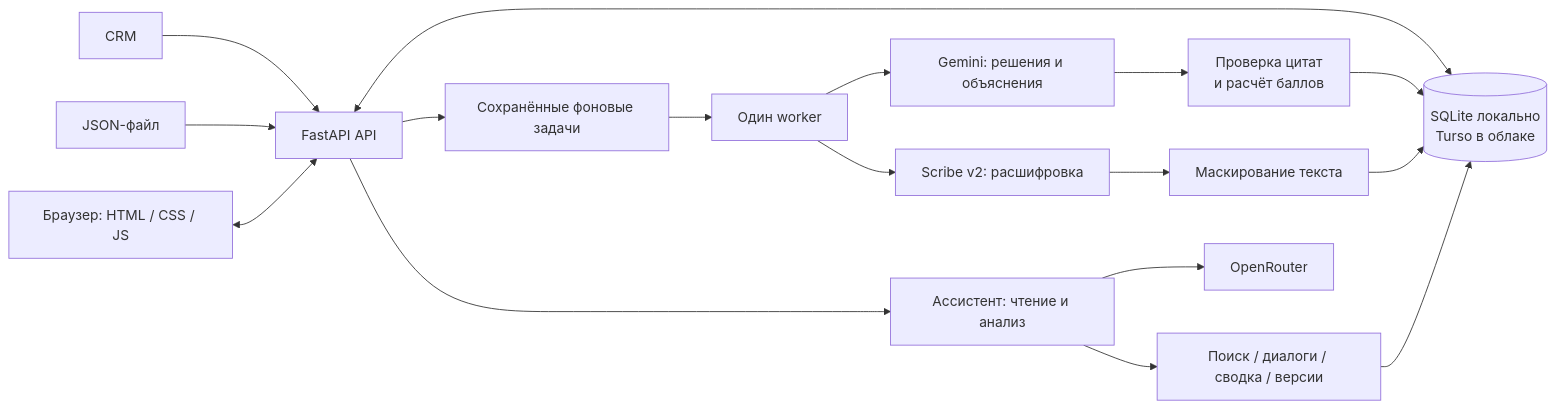
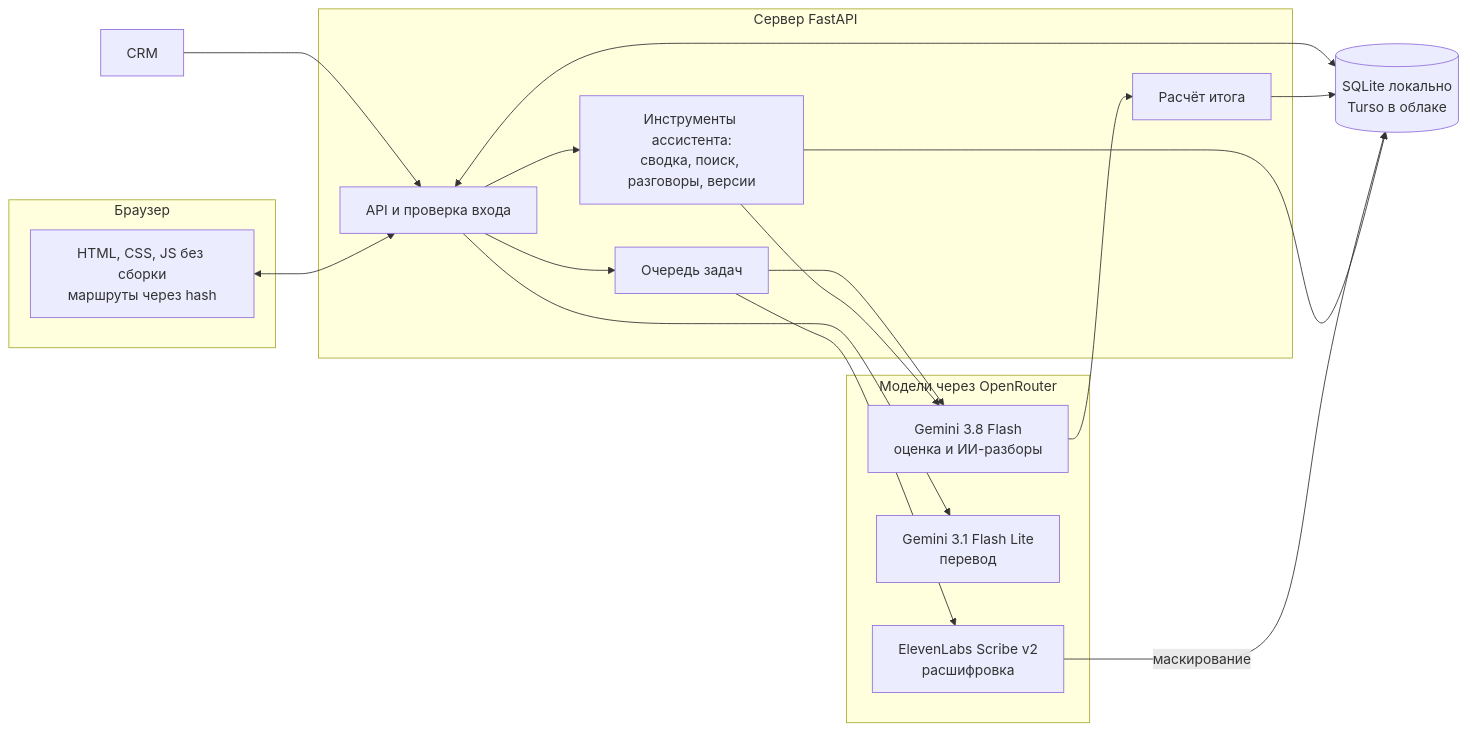
One commit to zzhassyn/data-freedom changed the fourth of 4 diagrams in README.md. Above: the diagram before and after it, drawn with Mermaid. The commit also changed other lines of this file and 29 other files, not shown here.

Commit message:
docs: новый README с баннером, схемами и экранами всех разделов

````diff
--- a/README.md
+++ b/README.md
@@ -306,19 +344,31 @@
 ```mermaid
 flowchart LR
-    CRM[CRM] --> API[FastAPI API]
-    JSON[JSON-файл] --> API
-    UI[Браузер: HTML / CSS / JS] <--> API
-    API <--> DB[(SQLite локально<br/>Turso в облаке)]
-    API --> Jobs[Сохранённые фоновые задачи]
-    Jobs --> Worker[Один worker]
-    Worker --> Judge[Gemini: решения и объяснения]
-    Judge --> Validate[Проверка цитат<br/>и расчёт баллов]
-    Validate --> DB
-    Worker --> STT[Scribe v2: расшифровка]
-    STT --> Mask[Маскирование текста]
-    Mask --> DB
-    API --> Assistant[Ассистент: чтение и анализ]
-    Assistant --> Tools[Поиск / диалоги / сводка / версии]
+    subgraph B["Браузер"]
+        UI["HTML, CSS, JS без сборки<br/>маршруты через hash"]
+    end
+    subgraph S["Сервер FastAPI"]
+        API["API и проверка входа"]
+        Score["Расчёт итога"]
+        Jobs["Очередь задач"]
+        Tools["Инструменты ассистента:<br/>сводка, поиск, разговоры, версии"]
+    end
+    subgraph M["Модели через OpenRouter"]
+        Judge["Gemini 3.8 Flash<br/>оценка и ИИ-разборы"]
+        Tr["Gemini 3.1 Flash Lite<br/>перевод"]
+        STT["ElevenLabs Scribe v2<br/>расшифровка"]
+    end
+    DB[("SQLite локально<br/>Turso в облаке")]
+    CRM["CRM"] --> API
+    UI <--> API
+    API <--> DB
+    API --> Jobs
+    Jobs --> Judge
+    Judge --> Score
+    Score --> DB
+    Jobs --> STT
+    STT -->|маскирование| DB
+    API --> Tr
+    API --> Tools
     Tools --> DB
-    Assistant --> Models[OpenRouter]
+    Tools --> Judge
 ```
````
